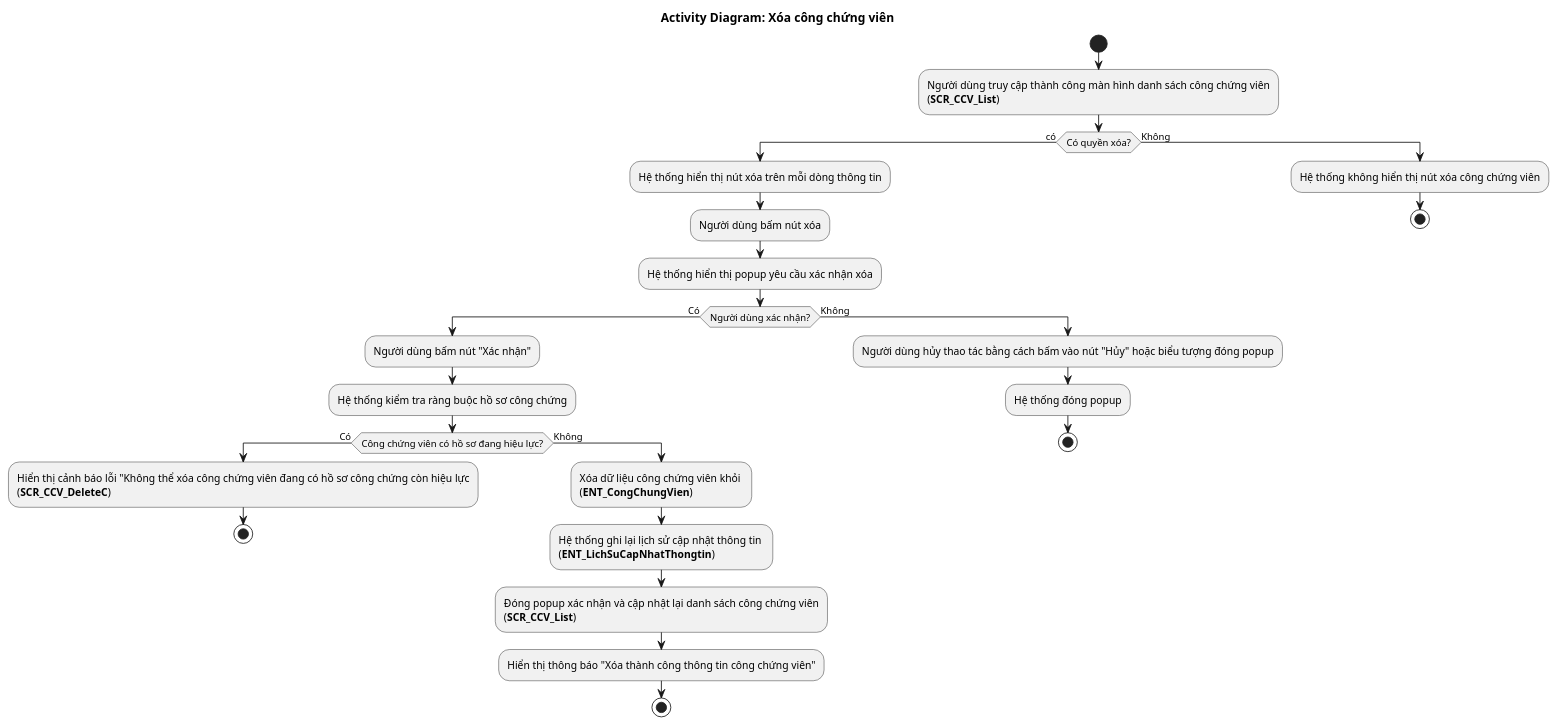
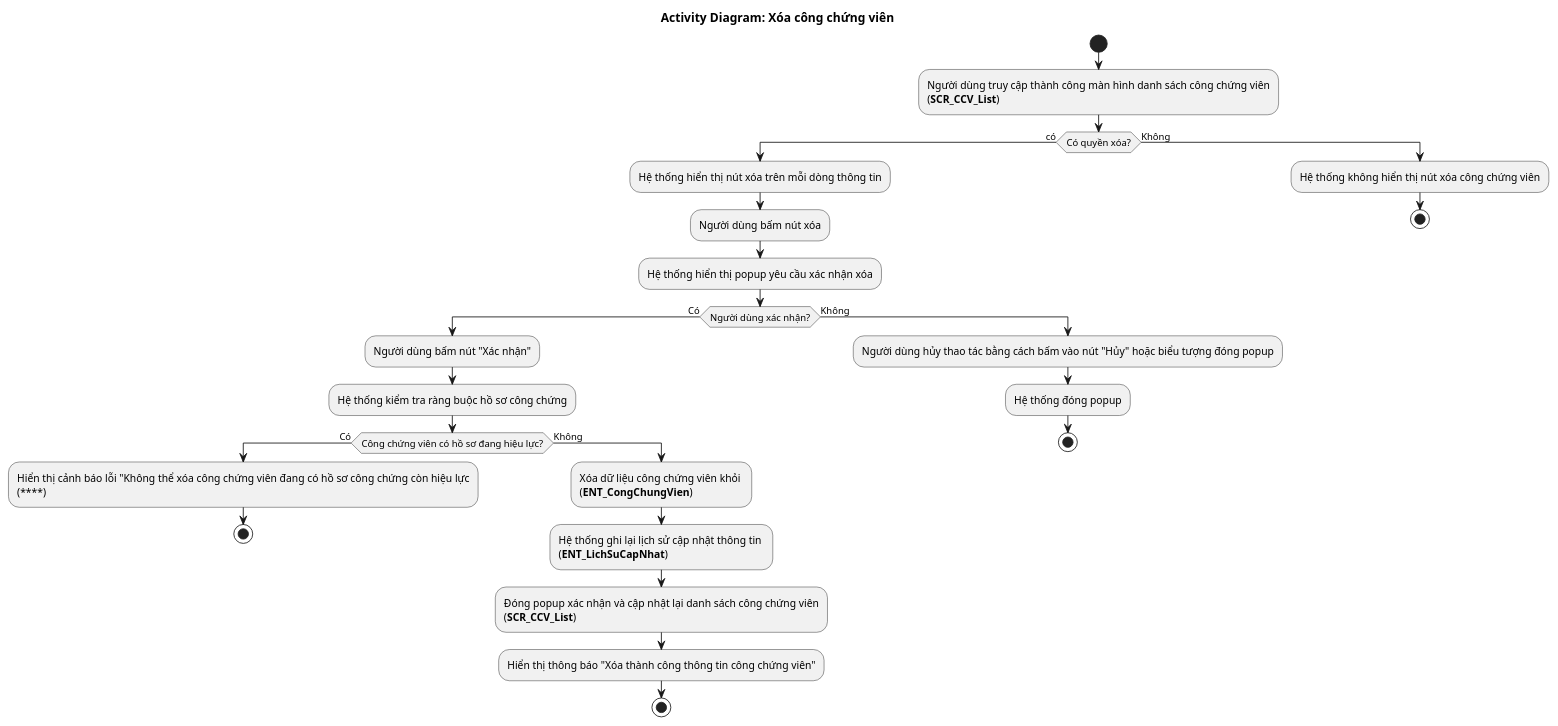
Before and after one commit to phuongpm23/nds-docs-test: the diagram in Quản lý công chứng viên/4.usecases/CongChungVien/Xoa/AD_CCV_Delete.puml, drawn with PlantUML. The commit also changed 26 other files, not shown here.

Commit message:
Update ERD

```diff
--- a/Quản lý công chứng viên/4.usecases/CongChungVien/Xoa/AD_CCV_Delete.puml
+++ b/Quản lý công chứng viên/4.usecases/CongChungVien/Xoa/AD_CCV_Delete.puml
@@ -1,32 +1,32 @@
 @startuml AD_CCV_Detail
 !pragma layout smetana
 title Activity Diagram: Xóa công chứng viên
 
 start
 :Người dùng truy cập thành công màn hình danh sách công chứng viên\n(**SCR_CCV_List**);
 if (Có quyền xóa?) then (có)
 :Hệ thống hiển thị nút xóa trên mỗi dòng thông tin;
 :Người dùng bấm nút xóa;
 :Hệ thống hiển thị popup yêu cầu xác nhận xóa;
 if (Người dùng xác nhận?) then (Có)
   :Người dùng bấm nút "Xác nhận";
   :Hệ thống kiểm tra ràng buộc hồ sơ công chứng;
   if (Công chứng viên có hồ sơ đang hiệu lực?) then (Có)
-    :Hiển thị cảnh báo lỗi "Không thể xóa công chứng viên đang có hồ sơ công chứng còn hiệu lực\n(**SCR_CCV_DeleteC**);
+    :Hiển thị cảnh báo lỗi "Không thể xóa công chứng viên đang có hồ sơ công chứng còn hiệu lực\n(****);
     stop
   else (Không)
     :Xóa dữ liệu công chứng viên khỏi \n(**ENT_CongChungVien**);
-    :Hệ thống ghi lại lịch sử cập nhật thông tin \n(**ENT_LichSuCapNhatThongtin**);
+    :Hệ thống ghi lại lịch sử cập nhật thông tin \n(**ENT_LichSuCapNhat**);
     :Đóng popup xác nhận và cập nhật lại danh sách công chứng viên\n(**SCR_CCV_List**);
     :Hiển thị thông báo "Xóa thành công thông tin công chứng viên";
     stop
   endif
 else (Không)
   :Người dùng hủy thao tác bằng cách bấm vào nút "Hủy" hoặc biểu tượng đóng popup;
   :Hệ thống đóng popup;
   stop
 endif
 else (Không)
 :Hệ thống không hiển thị nút xóa công chứng viên;
 stop
 @enduml
```
